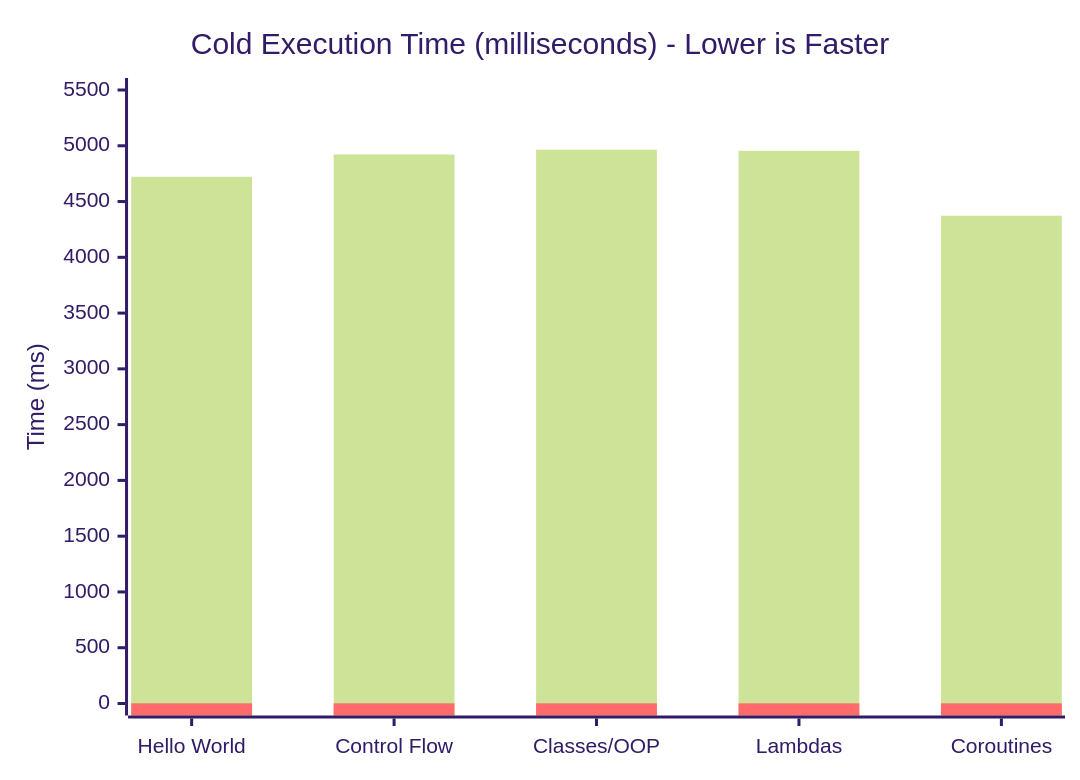
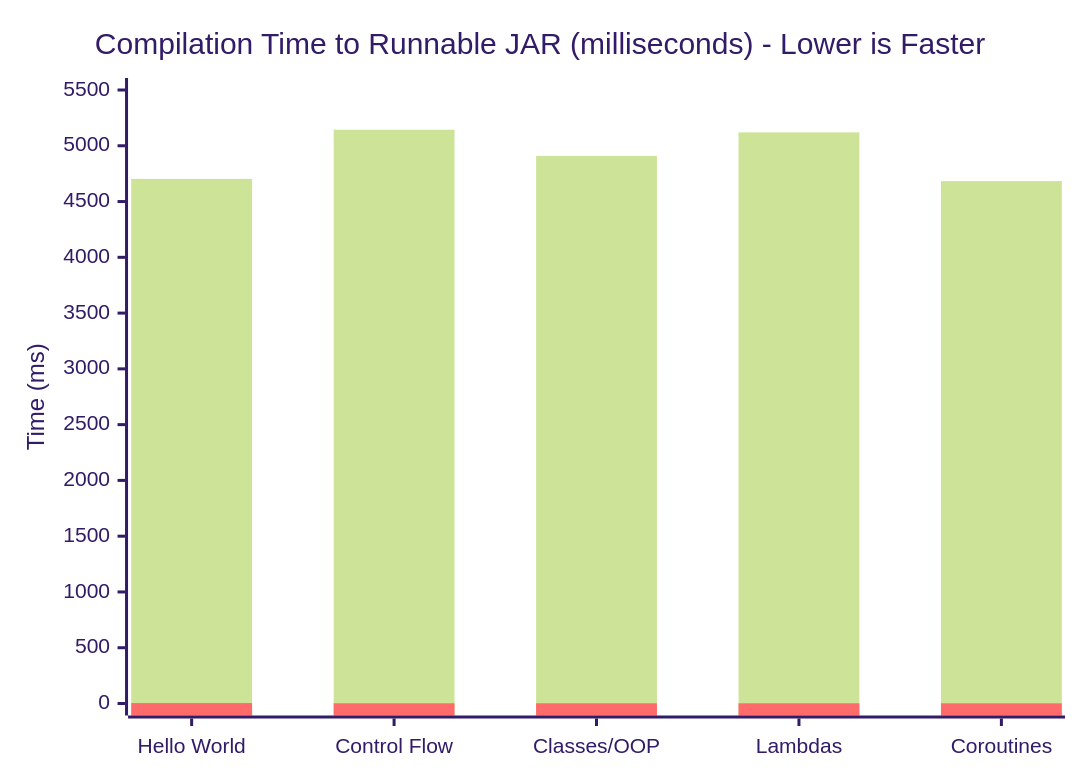
One commit to babar-xagi/kotlin3 changed the diagram in COMPARISON.md. Above: the diagram before and after it, drawn with Mermaid (forest theme). The commit also changed other lines of this file and 15 other files, not shown here.

````diff
--- a/COMPARISON.md
+++ b/COMPARISON.md
@@ -30,8 +31,8 @@
 ```mermaid
 xychart-beta
-    title "Cold Execution Time (milliseconds) - Lower is Faster"
+    title "Compilation Time to Runnable JAR (milliseconds) - Lower is Faster"
     x-axis ["Hello World", "Control Flow", "Classes/OOP", "Lambdas", "Coroutines"]
     y-axis "Time (ms)" 0 --> 5500
-    bar [4722, 4922, 4965, 4955, 4373]
-    bar [1.6, 1.7, 1.5, 1.5, 1.4]
+    bar [4703, 5144, 4908, 5120, 4683]
+    bar [3.9, 1.9, 1.7, 1.8, 1.6]
 ```
````
